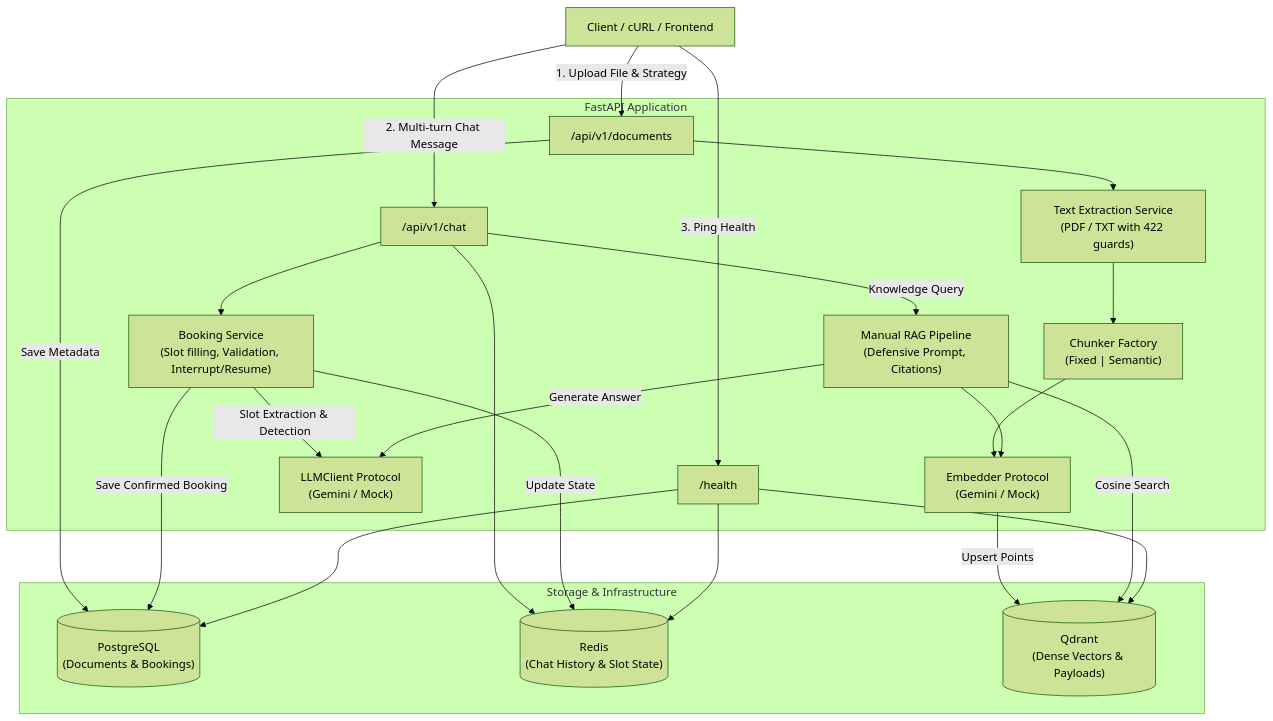
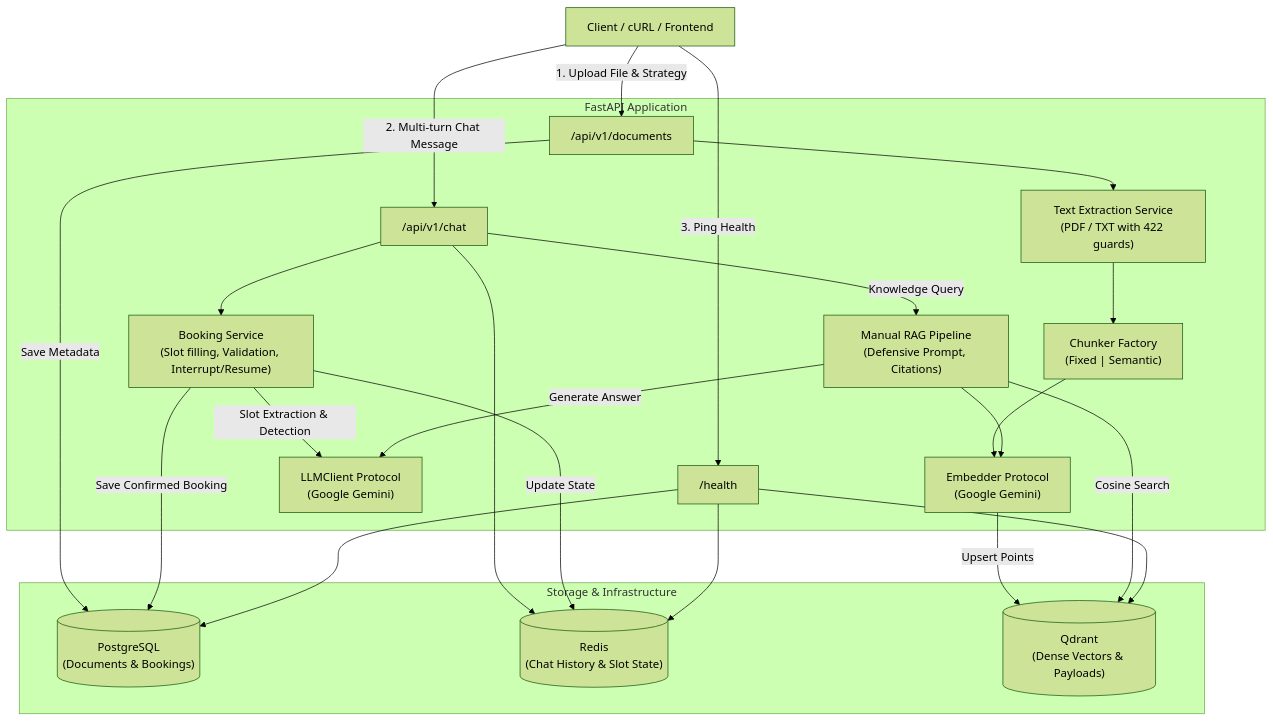
The diagram in README.md (Bishes-Maharjan/Palmind-RAG), drawn with Mermaid (forest theme) before and after one commit. The commit also changed other lines of this file and 2 other files, not shown here.

Commit message:
Update README and Makefile to reflect Gemini-only configuration and modern Docker Compose

````diff
--- a/README.md
+++ b/README.md
@@ -17,49 +17,49 @@
 ```mermaid
 flowchart TD
     Client["Client / cURL / Frontend"]
 
     subgraph API["FastAPI Application"]
         RouterDoc["/api/v1/documents"]
         RouterChat["/api/v1/chat"]
         RouterHealth["/health"]
 
         Extractor["Text Extraction Service\n(PDF / TXT with 422 guards)"]
         ChunkerFactory["Chunker Factory\n(Fixed | Semantic)"]
-        Embedder["Embedder Protocol\n(Gemini / Mock)"]
-        LLM["LLMClient Protocol\n(Gemini / Mock)"]
+        Embedder["Embedder Protocol\n(Google Gemini)"]
+        LLM["LLMClient Protocol\n(Google Gemini)"]
         BookingService["Booking Service\n(Slot filling, Validation, Interrupt/Resume)"]
         RAGService["Manual RAG Pipeline\n(Defensive Prompt, Citations)"]
     end
 
     subgraph Storage["Storage & Infrastructure"]
         PG[("PostgreSQL\n(Documents & Bookings)")]
         Redis[("Redis\n(Chat History & Slot State)")]
         Qdrant[("Qdrant\n(Dense Vectors & Payloads)")]
     end
 
     %% Ingestion flow
     Client -->|1. Upload File & Strategy| RouterDoc
     RouterDoc --> Extractor
     Extractor --> ChunkerFactory
     ChunkerFactory --> Embedder
     Embedder -->|Upsert Points| Qdrant
     RouterDoc -->|Save Metadata| PG
 
     %% Chat & Booking flow
     Client -->|2. Multi-turn Chat Message| RouterChat
     RouterChat --> Redis
     RouterChat --> BookingService
     BookingService -->|Slot Extraction & Detection| LLM
     BookingService -->|Update State| Redis
     BookingService -->|Save Confirmed Booking| PG
     RouterChat -->|Knowledge Query| RAGService
     RAGService --> Embedder
     RAGService -->|Cosine Search| Qdrant
     RAGService -->|Generate Answer| LLM
 
     %% Health check
     Client -->|3. Ping Health| RouterHealth
     RouterHealth --> PG
     RouterHealth --> Redis
     RouterHealth --> Qdrant
 ```
````
